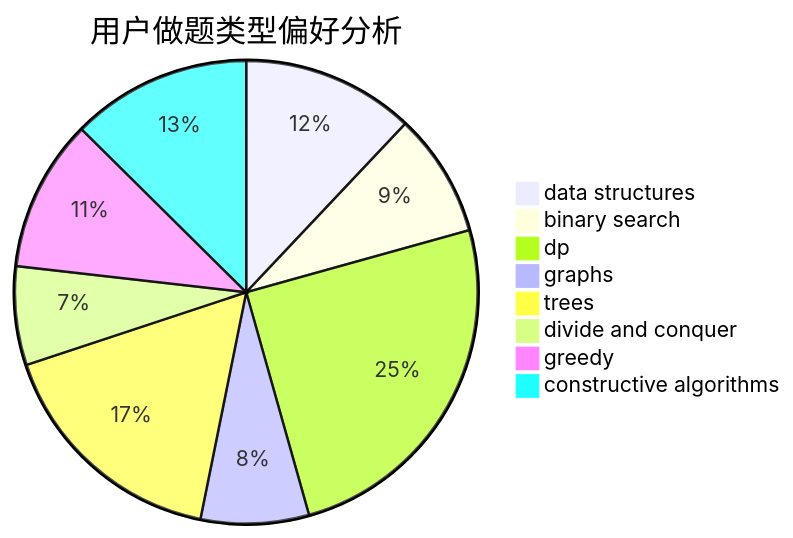
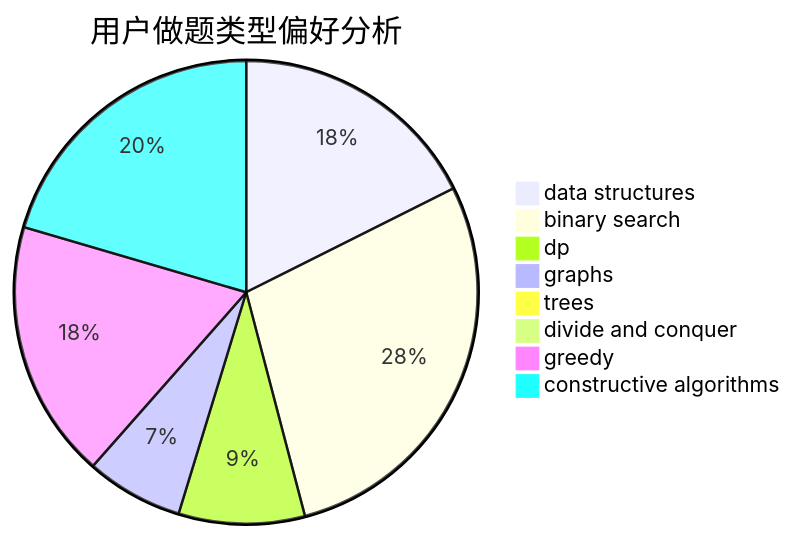
Before and after one commit to sherpahu/cfrs.github.io: the second of 3 diagrams in docs/user/u1247.md, drawn with Mermaid. The commit also changed other lines of this file and 2770 other files, not shown here.

````diff
--- a/docs/user/u1247.md
+++ b/docs/user/u1247.md
@@ -23,11 +23,11 @@
 ```mermaid
 pie title 用户做题类型偏好分析
-    "data structures" :  110
-    "binary search" :  79
-    "dp" :  228
-    "graphs" :  69
-    "trees" :  153
-    "divide and conquer" :  63
-    "greedy" :  97
-    "constructive algorithms" :  115
+    "data structures" :  166
+    "binary search" :  267
+    "dp" :  83
+    "graphs" :  64
+    "trees" :  4
+    "divide and conquer" :  1
+    "greedy" :  170
+    "constructive algorithms" :  193
 ```
````
